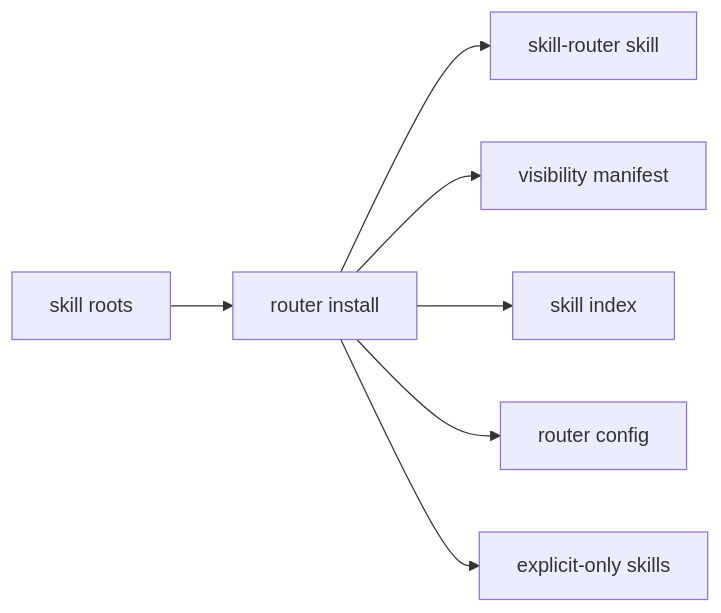
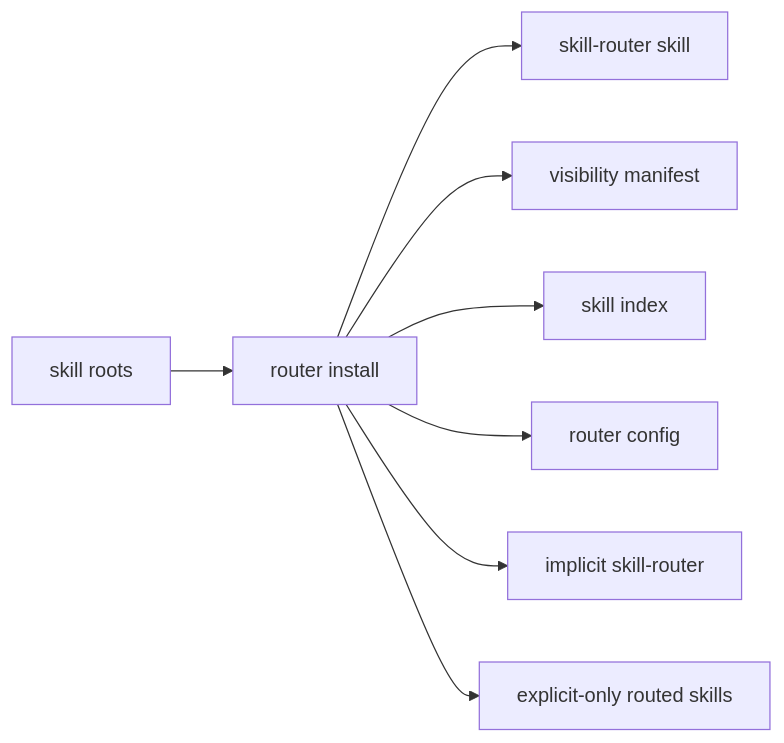
Before and after one commit to modiqo/skillspec: the second of 5 diagrams in docs/design/explained/03-router-mode.md, drawn with Mermaid. The commit also changed other lines of this file and 16 other files, not shown here.

````diff
--- a/docs/design/explained/03-router-mode.md
+++ b/docs/design/explained/03-router-mode.md
@@ -41,9 +41,10 @@
 ```mermaid
 flowchart LR
     A[skill roots] --> B[router install]
     B --> C[skill-router skill]
     B --> D[visibility manifest]
     B --> E[skill index]
     B --> F[router config]
-    B --> G[explicit-only skills]
+    B --> G[implicit skill-router]
+    B --> H[explicit-only routed skills]
 ```
````
